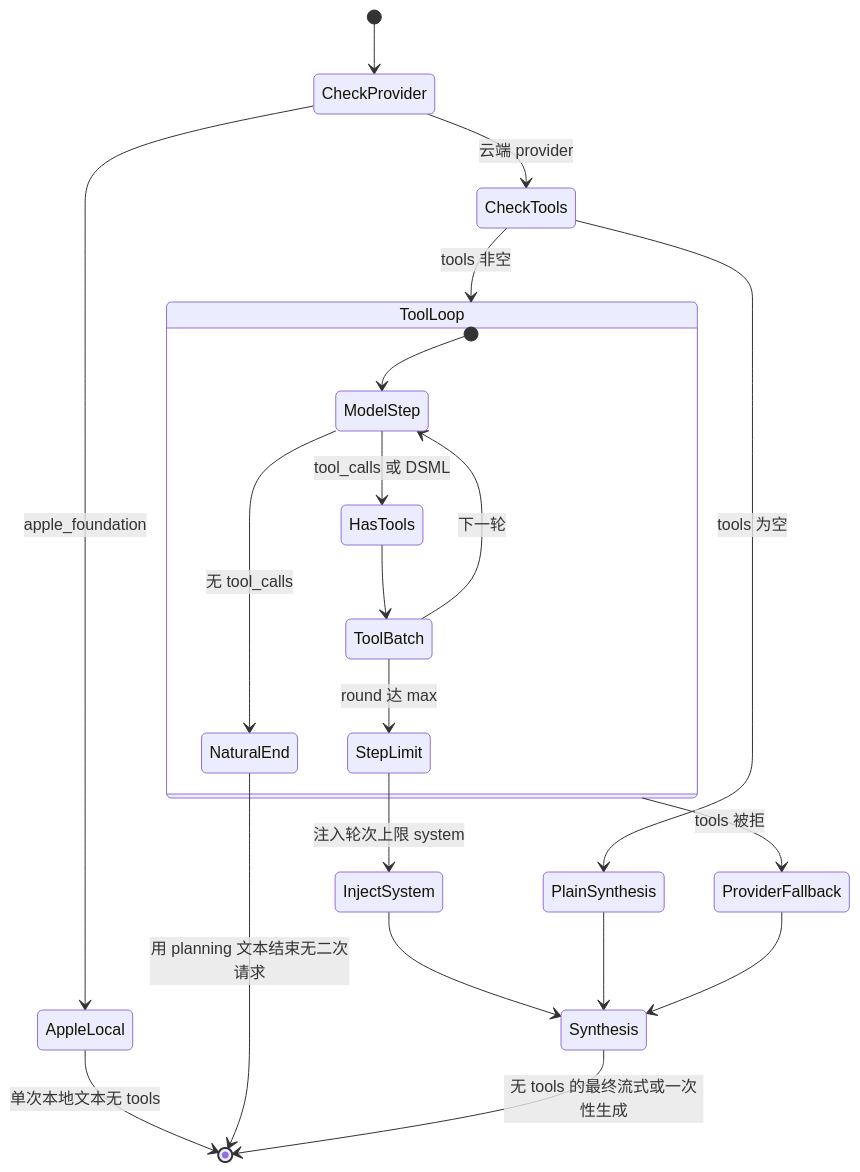
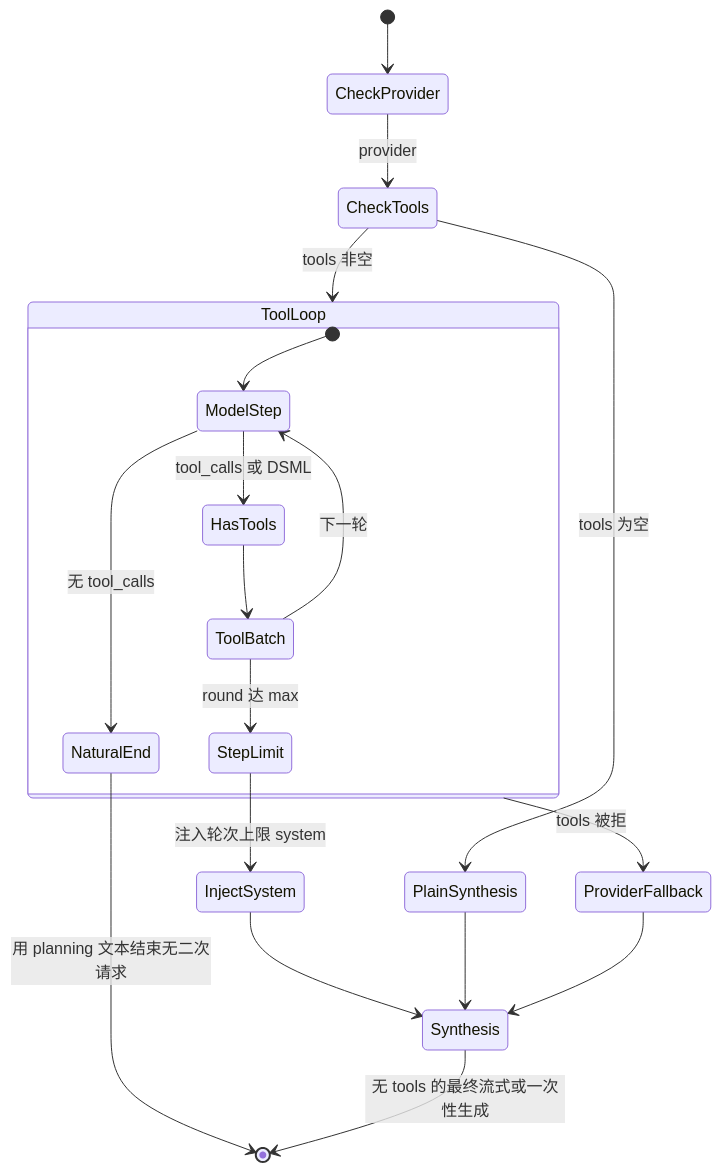
Before and after one commit to BeyondYang117/abu-agent: the third of 3 diagrams in docs/CHAT_AGENT_RUNTIME_PRD.md, drawn with Mermaid. The commit also changed other lines of this file and 28 other files, not shown here.

Commit message:
refactor: remove Apple Intelligence provider

````diff
--- a/docs/CHAT_AGENT_RUNTIME_PRD.md
+++ b/docs/CHAT_AGENT_RUNTIME_PRD.md
@@ -270,24 +270,22 @@
 ```mermaid
 stateDiagram-v2
   [*] --> CheckProvider
-  CheckProvider --> AppleLocal: apple_foundation
-  AppleLocal --> [*]: 单次本地文本无 tools
-  CheckProvider --> CheckTools: 云端 provider
+  CheckProvider --> CheckTools: provider
   CheckTools --> PlainSynthesis: tools 为空
   CheckTools --> ToolLoop: tools 非空
   state ToolLoop {
     [*] --> ModelStep
     ModelStep --> HasTools: tool_calls 或 DSML
     ModelStep --> NaturalEnd: 无 tool_calls
     HasTools --> ToolBatch
     ToolBatch --> ModelStep: 下一轮
     ToolBatch --> StepLimit: round 达 max
   }
   NaturalEnd --> [*]: 用 planning 文本结束无二次请求
   StepLimit --> InjectSystem: 注入轮次上限 system
   InjectSystem --> Synthesis
   PlainSynthesis --> Synthesis
   ToolLoop --> ProviderFallback: tools 被拒
   ProviderFallback --> Synthesis
   Synthesis --> [*]: 无 tools 的最终流式或一次性生成
 ```
````
